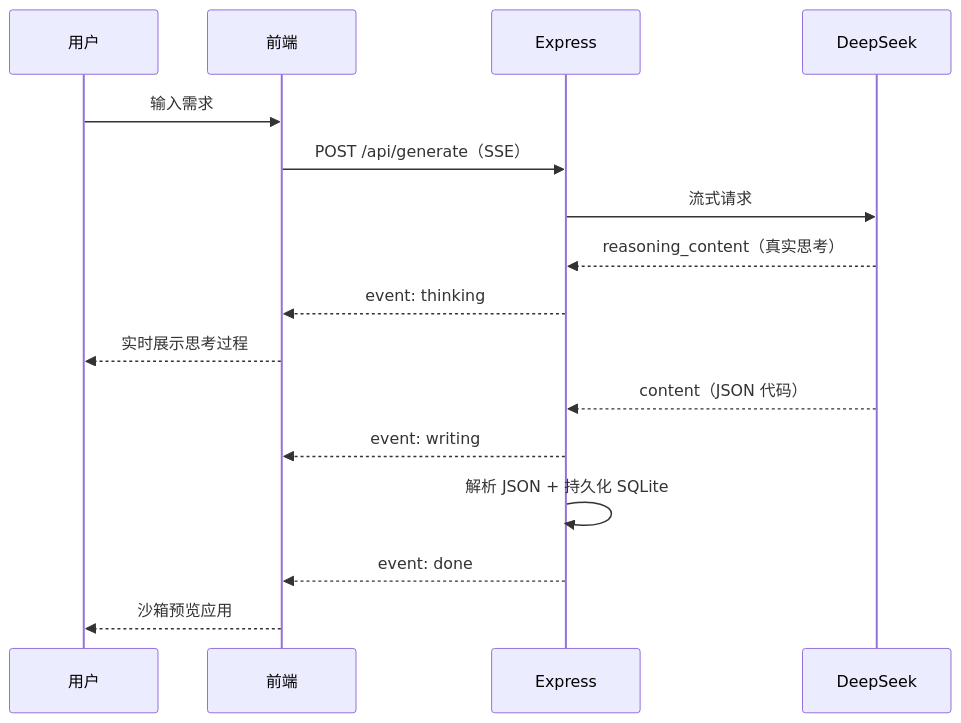
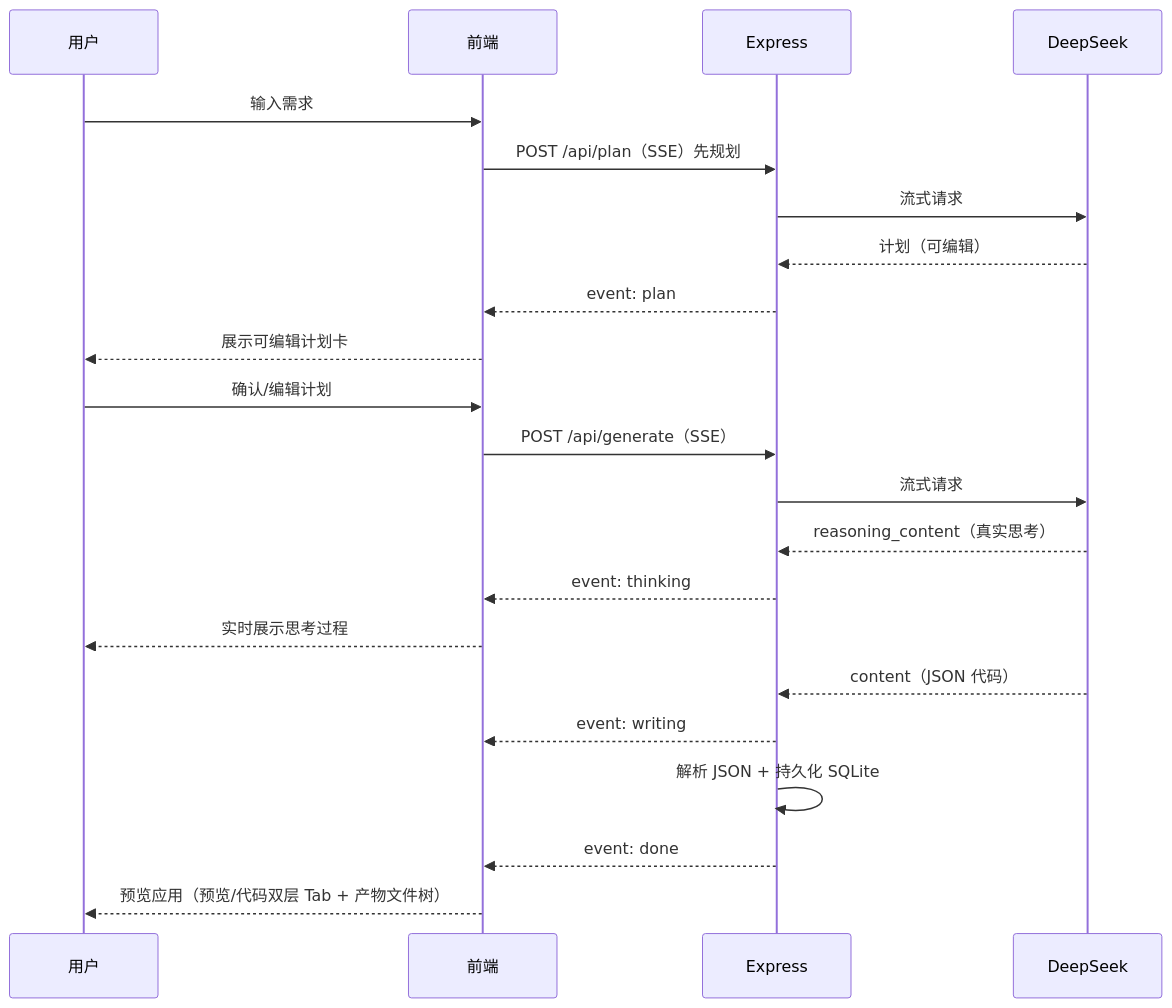
One commit to lyb19850811/atoms-demo changed the diagram in README.md. Above: the diagram before and after it, drawn with Mermaid. The commit also changed other lines of this file and 4 other files, not shown here.

Commit message:
docs: 全面更新 README 与提交说明，移除误入库的参考截图

````diff
--- a/README.md
+++ b/README.md
@@ -88,19 +68,25 @@
 ```mermaid
 sequenceDiagram
     participant U as 用户
     participant F as 前端
     participant S as Express
     participant L as DeepSeek
 
     U->>F: 输入需求
+    F->>S: POST /api/plan（SSE）先规划
+    S->>L: 流式请求
+    L-->>S: 计划（可编辑）
+    S-->>F: event: plan
+    F-->>U: 展示可编辑计划卡
+    U->>F: 确认/编辑计划
     F->>S: POST /api/generate（SSE）
     S->>L: 流式请求
     L-->>S: reasoning_content（真实思考）
     S-->>F: event: thinking
     F-->>U: 实时展示思考过程
     L-->>S: content（JSON 代码）
     S-->>F: event: writing
     S->>S: 解析 JSON + 持久化 SQLite
     S-->>F: event: done
-    F-->>U: 沙箱预览应用
+    F-->>U: 预览应用（预览/代码双层 Tab + 产物文件树）
 ```
````
